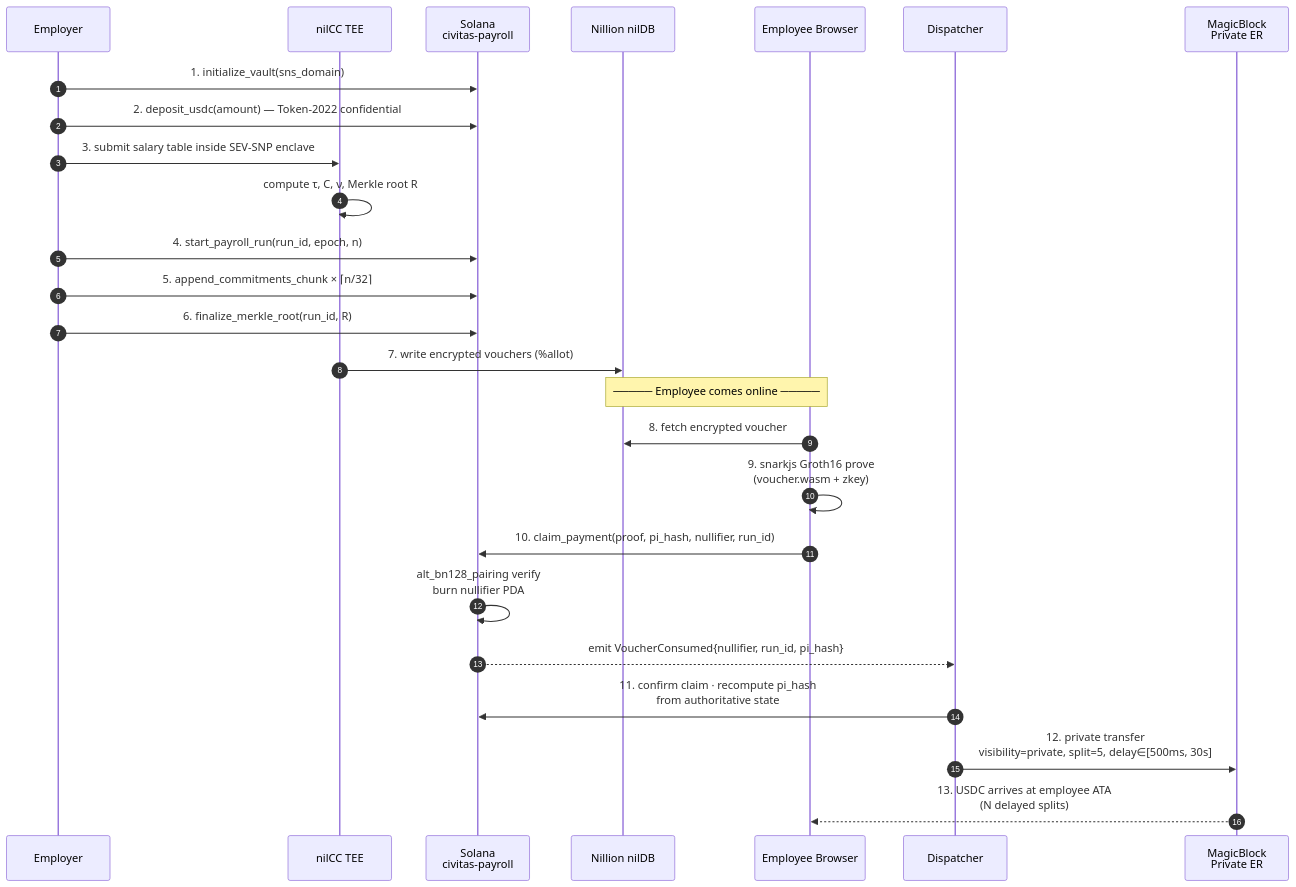
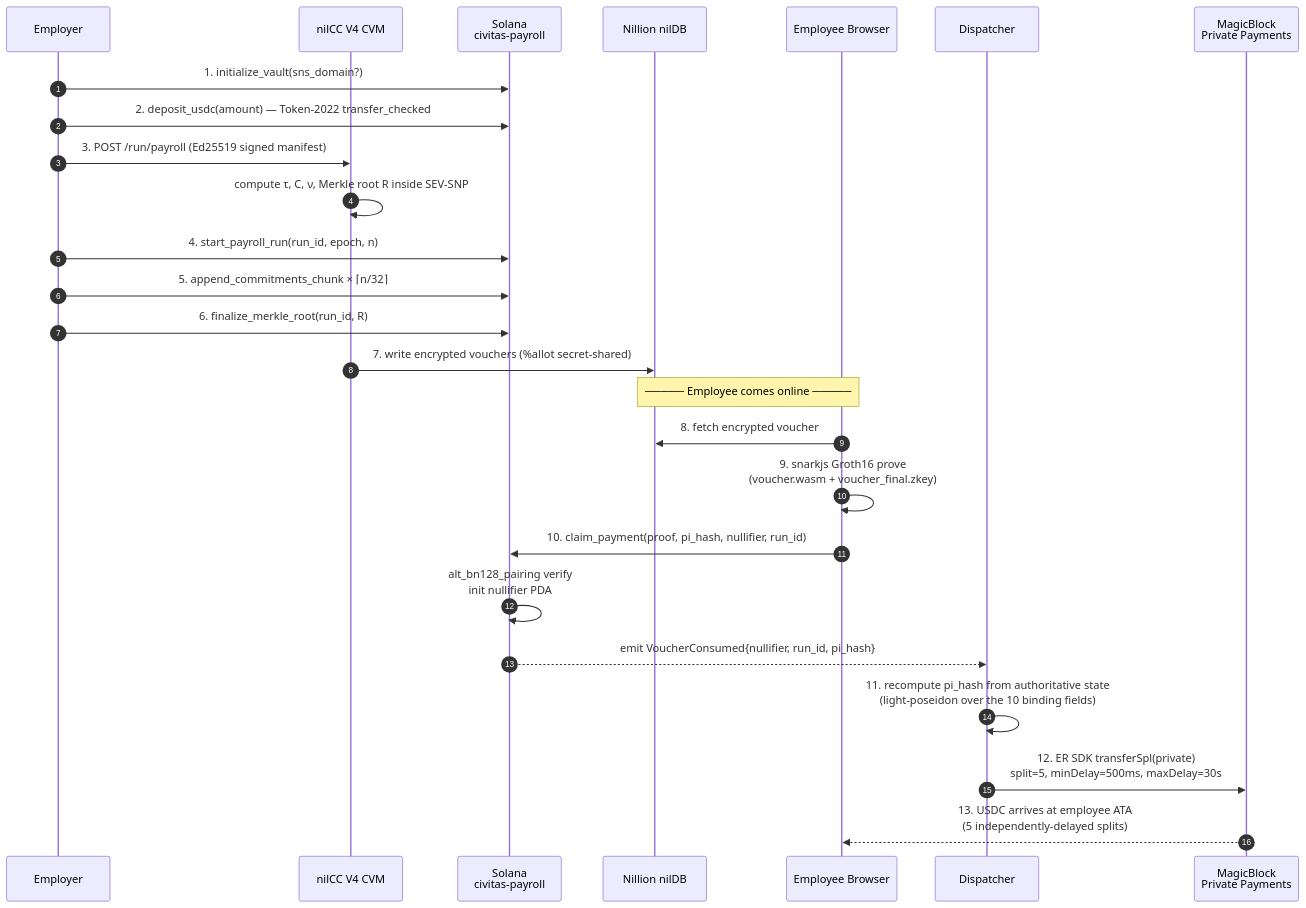
The second of 5 diagrams in README.md (MeetCivitas/Civitas-SOL), drawn with Mermaid before and after one commit. The commit also changed other lines of this file and 9 other files, not shown here.

````diff
--- a/README.md
+++ b/README.md
@@ -87,31 +88,31 @@
 ```mermaid
 sequenceDiagram
     autonumber
     participant E as Employer
-    participant TEE as nilCC TEE
+    participant TEE as nilCC V4 CVM
     participant CHAIN as Solana<br/>civitas-payroll
     participant DB as Nillion nilDB
     participant W as Employee Browser
     participant DISP as Dispatcher
-    participant MB as MagicBlock<br/>Private ER
+    participant MB as MagicBlock<br/>Private Payments
 
-    E->>CHAIN: 1. initialize_vault(sns_domain)
-    E->>CHAIN: 2. deposit_usdc(amount) — Token-2022 confidential
-    E->>TEE: 3. submit salary table inside SEV-SNP enclave
-    TEE->>TEE: compute τ, C, ν, Merkle root R
+    E->>CHAIN: 1. initialize_vault(sns_domain?)
+    E->>CHAIN: 2. deposit_usdc(amount) — Token-2022 transfer_checked
+    E->>TEE: 3. POST /run/payroll (Ed25519 signed manifest)
+    TEE->>TEE: compute τ, C, ν, Merkle root R inside SEV-SNP
     E->>CHAIN: 4. start_payroll_run(run_id, epoch, n)
     E->>CHAIN: 5. append_commitments_chunk × ⌈n/32⌉
     E->>CHAIN: 6. finalize_merkle_root(run_id, R)
-    TEE->>DB: 7. write encrypted vouchers (%allot)
+    TEE->>DB: 7. write encrypted vouchers (%allot secret-shared)
 
     Note over W,DB: ───── Employee comes online ─────
     W->>DB: 8. fetch encrypted voucher
-    W->>W: 9. snarkjs Groth16 prove<br/>(voucher.wasm + zkey)
+    W->>W: 9. snarkjs Groth16 prove<br/>(voucher.wasm + voucher_final.zkey)
     W->>CHAIN: 10. claim_payment(proof, pi_hash, nullifier, run_id)
-    CHAIN->>CHAIN: alt_bn128_pairing verify<br/>burn nullifier PDA
+    CHAIN->>CHAIN: alt_bn128_pairing verify<br/>init nullifier PDA
     CHAIN-->>DISP: emit VoucherConsumed{nullifier, run_id, pi_hash}
 
-    DISP->>CHAIN: 11. confirm claim · recompute pi_hash<br/>from authoritative state
-    DISP->>MB: 12. private transfer<br/>visibility=private, split=5, delay∈[500ms, 30s]
-    MB-->>W: 13. USDC arrives at employee ATA<br/>(N delayed splits)
+    DISP->>DISP: 11. recompute pi_hash from authoritative state<br/>(light-poseidon over the 10 binding fields)
+    DISP->>MB: 12. ER SDK transferSpl(private)<br/>split=5, minDelay=500ms, maxDelay=30s
+    MB-->>W: 13. USDC arrives at employee ATA<br/>(5 independently-delayed splits)
 ```
````
